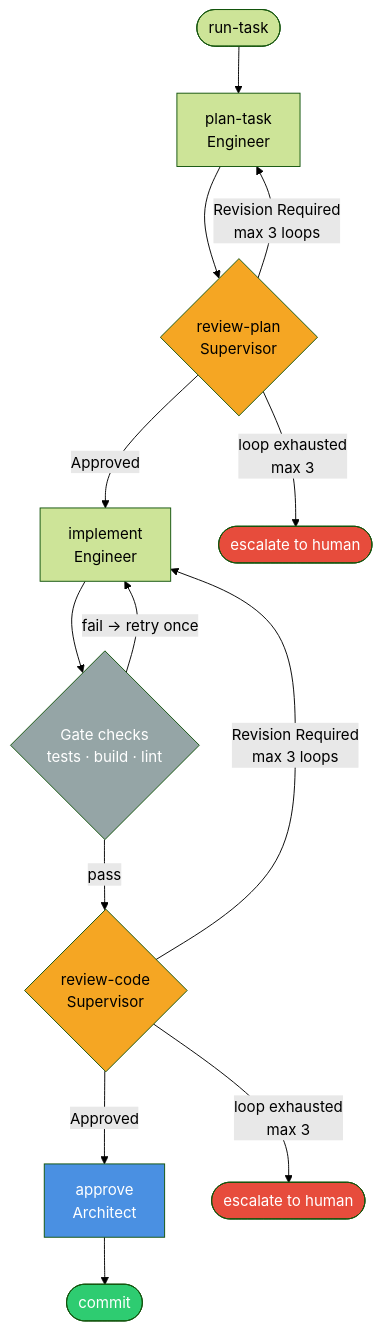
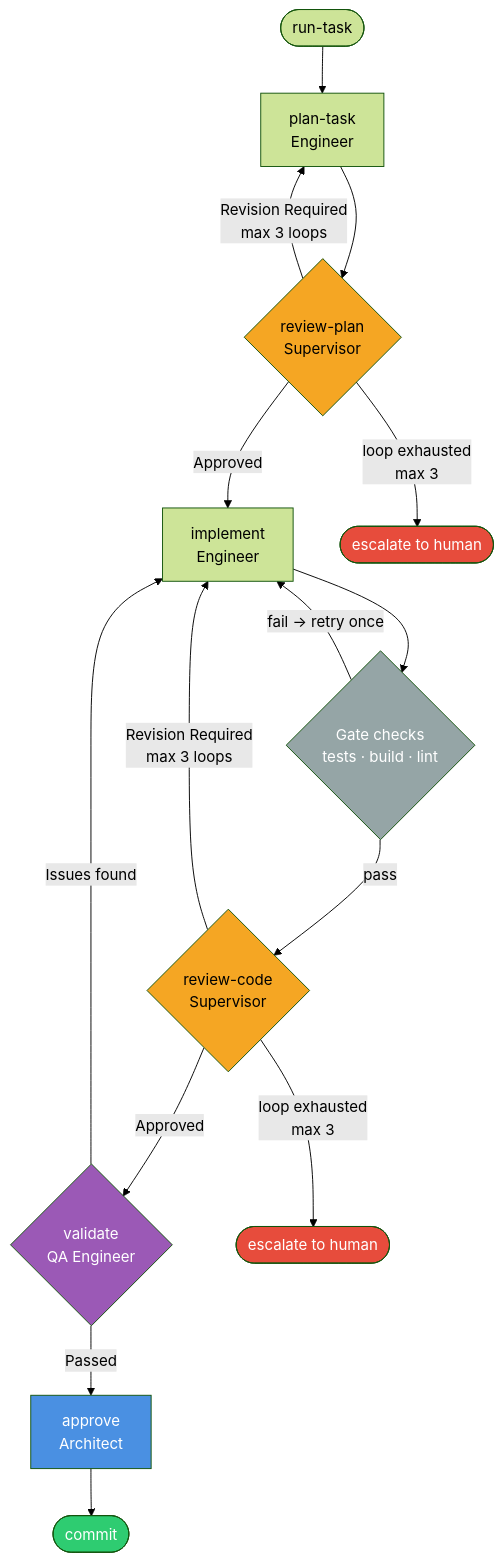
The second of 2 diagrams in docs/commands/index.md (Entelligentsia/forge), drawn with Mermaid (forest theme) before and after one commit. The commit also changed other lines of this file and 30 other files, not shown here.

````diff
--- a/docs/commands/index.md
+++ b/docs/commands/index.md
@@ -72,27 +83,30 @@
 ```mermaid
 flowchart TD
     RT([run-task]) --> P
 
-    P[plan-task\nEngineer] --> RP{review-plan\nSupervisor}
+    P["plan-task\nEngineer"] --> RP{review-plan\nSupervisor}
     RP -->|Revision Required\nmax 3 loops| P
-    RP -->|Approved| I[implement\nEngineer]
+    RP -->|Approved| I["implement\nEngineer"]
 
     I --> GC{Gate checks\ntests · build · lint}
     GC -->|fail → retry once| I
     GC -->|pass| RC{review-code\nSupervisor}
 
     RC -->|Revision Required\nmax 3 loops| I
-    RC -->|Approved| AP[approve\nArchitect]
+    RC -->|Approved| V{validate\nQA Engineer}
+    V -->|Issues found| I
+    V -->|Passed| AP[approve\nArchitect]
     AP --> CM([commit])
 
     RP -->|loop exhausted\nmax 3| ESC1([escalate to human])
     RC -->|loop exhausted\nmax 3| ESC2([escalate to human])
 
     style RP fill:#f5a623,color:#000
     style RC fill:#f5a623,color:#000
+    style V fill:#9b59b6,color:#fff
     style AP fill:#4a90e2,color:#fff
     style CM fill:#2ecc71,color:#fff
     style ESC1 fill:#e74c3c,color:#fff
     style ESC2 fill:#e74c3c,color:#fff
     style GC fill:#95a5a6,color:#fff
 ```
````
